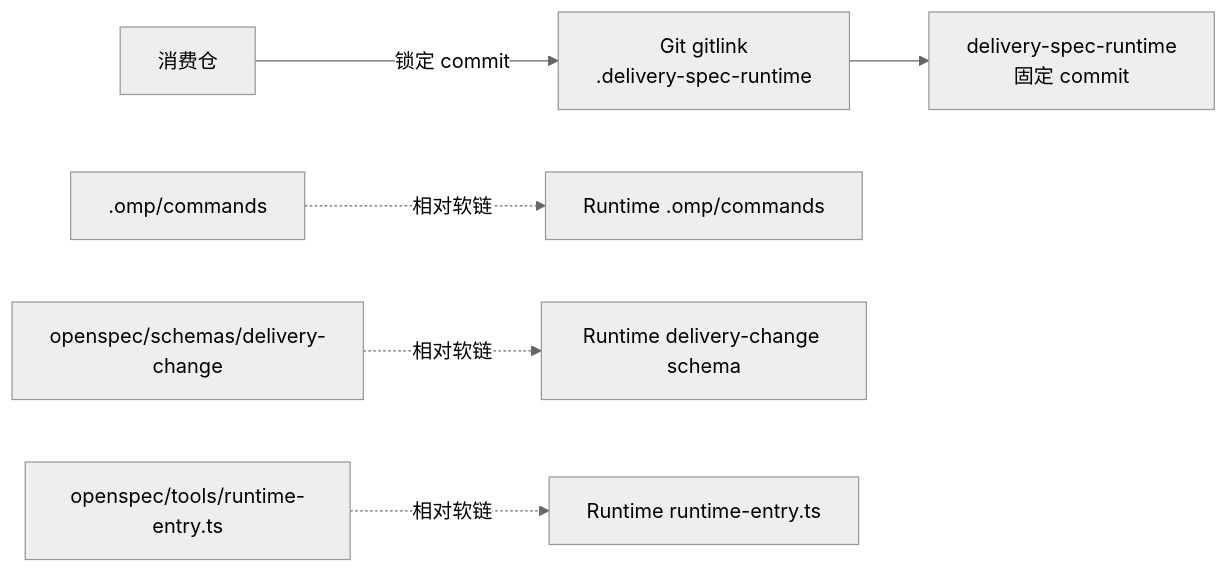
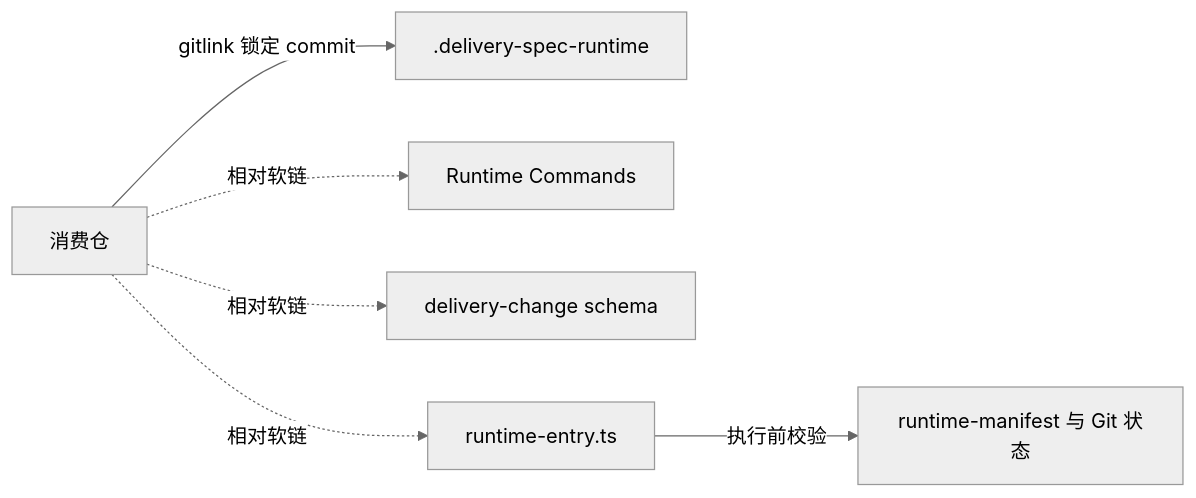
The diagram in README.md (Eridanus117/delivery-spec-runtime), drawn with Mermaid (neutral theme) before and after one commit. The commit also changed other lines of this file and 22 other files, not shown here.

````diff
--- a/README.md
+++ b/README.md
@@ -17,17 +17,8 @@
 ```mermaid
 flowchart LR
-    Consumer[消费仓]
-    Gitlink["Git gitlink<br/>.delivery-spec-runtime"]
-    Runtime["delivery-spec-runtime<br/>固定 commit"]
-
-    Consumer -->|锁定 commit| Gitlink
-    Gitlink --> Runtime
-
-    CommandLink[".omp/commands"]
-    SchemaLink["openspec/schemas/delivery-change"]
-    EntryLink["openspec/tools/runtime-entry.ts"]
-
-    CommandLink -. 相对软链 .-> RuntimeCommands["Runtime .omp/commands"]
-    SchemaLink -. 相对软链 .-> RuntimeSchema["Runtime delivery-change schema"]
-    EntryLink -. 相对软链 .-> RuntimeEntry["Runtime runtime-entry.ts"]
+    Consumer[消费仓] -->|gitlink 锁定 commit| Runtime[.delivery-spec-runtime]
+    Consumer -. 相对软链 .-> Commands[Runtime Commands]
+    Consumer -. 相对软链 .-> Schema[delivery-change schema]
+    Consumer -. 相对软链 .-> Entry[runtime-entry.ts]
+    Entry -->|执行前校验| Contract[runtime-manifest 与 Git 状态]
 ```
````
